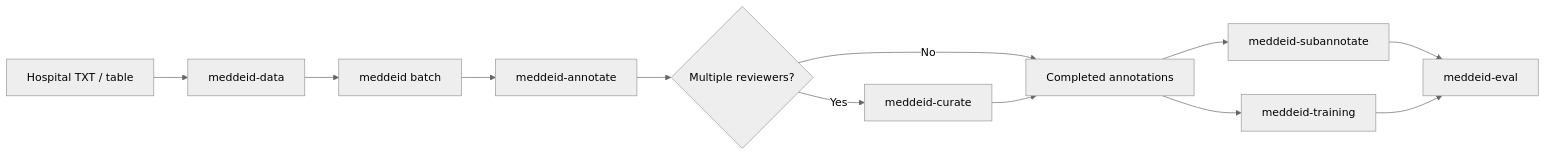
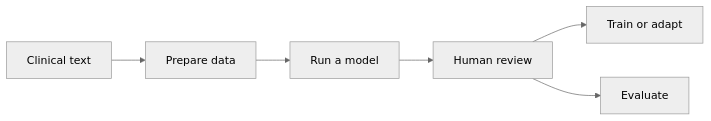
One commit to stighellemans/meddeid.github.io changed the diagram in docs/index.md. Above: the diagram before and after it, drawn with Mermaid (neutral theme). The commit also changed other lines of this file and 17 other files, not shown here.

````diff
--- a/docs/index.md
+++ b/docs/index.md
@@ -64,14 +70,8 @@
 ```mermaid
 flowchart LR
-    A["Hospital TXT / table"] --> B["meddeid-data"]
-    B --> C["meddeid batch"]
-    C --> D["meddeid-annotate"]
-    D --> E{"Multiple reviewers?"}
-    E -->|No| G["Completed annotations"]
-    E -->|Yes| F["meddeid-curate"]
-    F --> G
-    G --> H["meddeid-training"]
-    G --> I["meddeid-subannotate"]
-    I --> J["meddeid-eval"]
-    H --> J
+    A["Clinical text"] --> B["Prepare data"]
+    B --> C["Run a model"]
+    C --> D["Human review"]
+    D --> E["Train or adapt"]
+    D --> F["Evaluate"]
 ```
````
